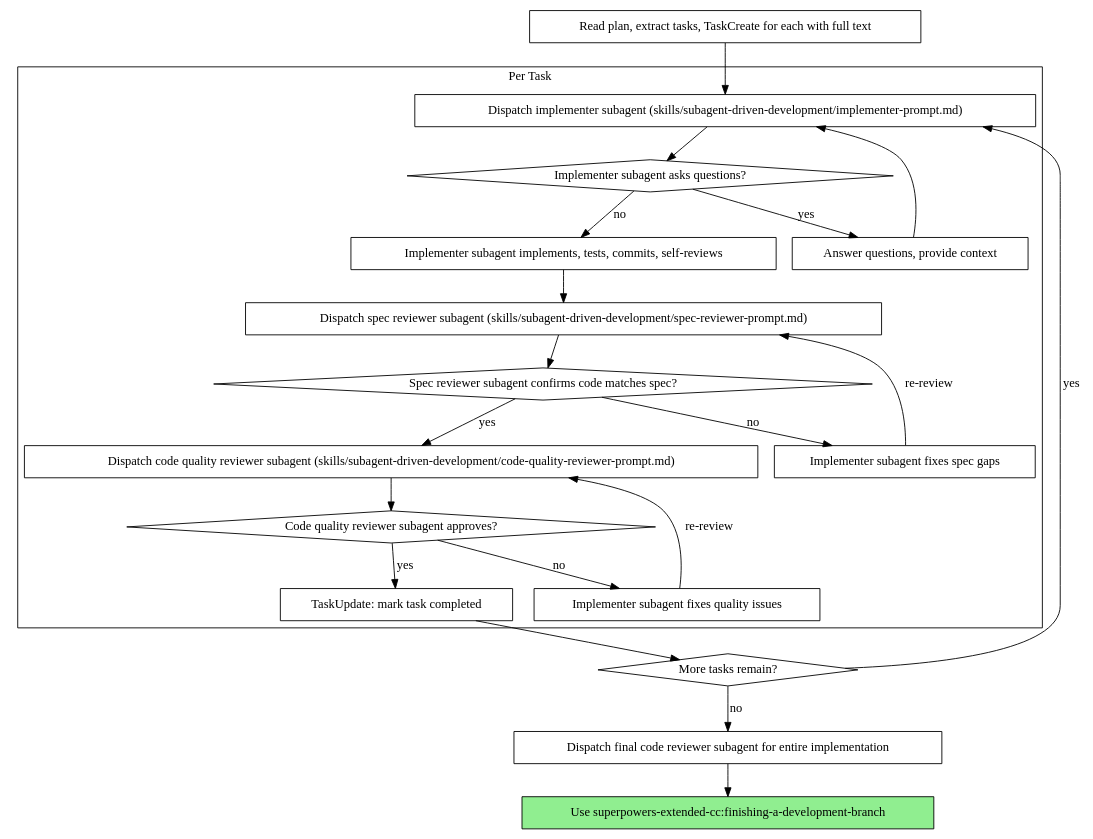
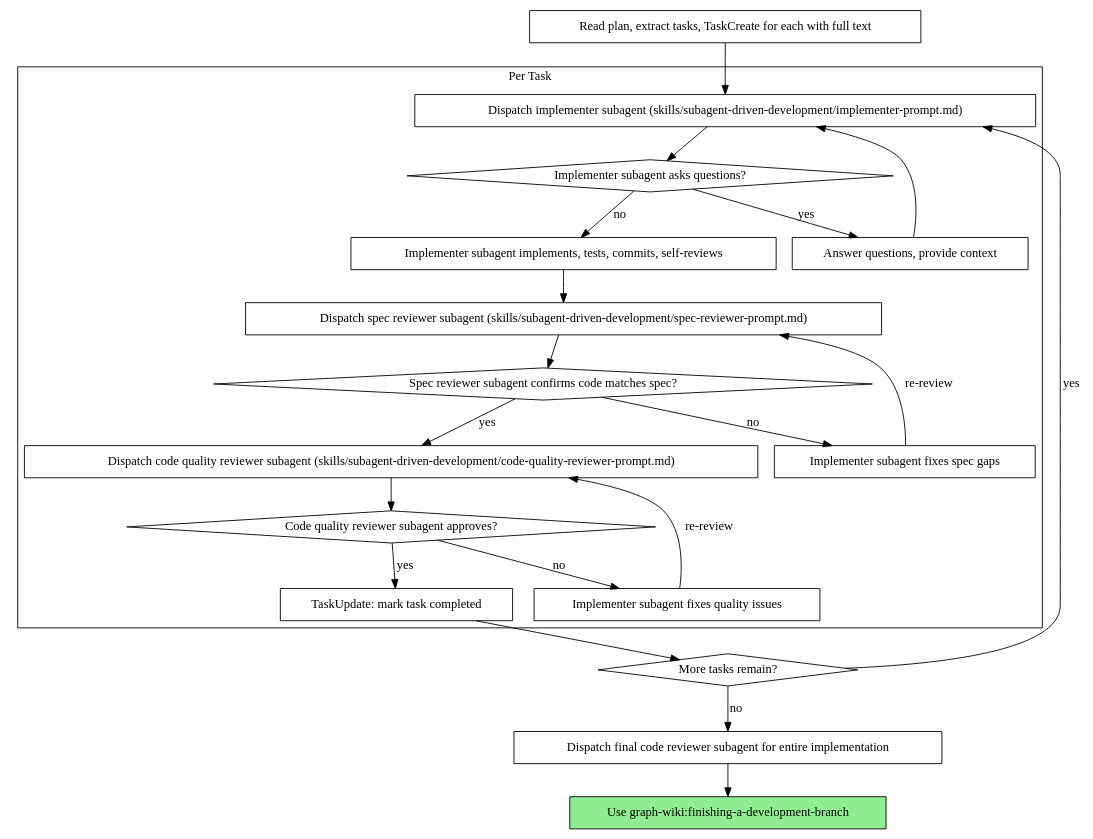
One commit to psprowls/agent-research changed the second of 2 diagrams in plugins/graph-wiki/skills/subagent-driven-development/SKILL.md. Above: the diagram before and after it, drawn with Graphviz. The commit also changed other lines of this file and 12 other files, not shown here.

Commit message:
rename superpowers-extended-cc to graph-wiki

````diff
--- a/plugins/graph-wiki/skills/subagent-driven-development/SKILL.md
+++ b/plugins/graph-wiki/skills/subagent-driven-development/SKILL.md
@@ -44,44 +44,44 @@
 ```dot
 digraph process {
     rankdir=TB;
 
     subgraph cluster_per_task {
         label="Per Task";
         "Dispatch implementer subagent (skills/subagent-driven-development/implementer-prompt.md)" [shape=box];
         "Implementer subagent asks questions?" [shape=diamond];
         "Answer questions, provide context" [shape=box];
         "Implementer subagent implements, tests, commits, self-reviews" [shape=box];
         "Dispatch spec reviewer subagent (skills/subagent-driven-development/spec-reviewer-prompt.md)" [shape=box];
         "Spec reviewer subagent confirms code matches spec?" [shape=diamond];
         "Implementer subagent fixes spec gaps" [shape=box];
         "Dispatch code quality reviewer subagent (skills/subagent-driven-development/code-quality-reviewer-prompt.md)" [shape=box];
         "Code quality reviewer subagent approves?" [shape=diamond];
         "Implementer subagent fixes quality issues" [shape=box];
         "TaskUpdate: mark task completed" [shape=box];
     }
 
     "Read plan, extract tasks, TaskCreate for each with full text" [shape=box];
     "More tasks remain?" [shape=diamond];
     "Dispatch final code reviewer subagent for entire implementation" [shape=box];
-    "Use superpowers-extended-cc:finishing-a-development-branch" [shape=box style=filled fillcolor=lightgreen];
+    "Use graph-wiki:finishing-a-development-branch" [shape=box style=filled fillcolor=lightgreen];
 
     "Read plan, extract tasks, TaskCreate for each with full text" -> "Dispatch implementer subagent (skills/subagent-driven-development/implementer-prompt.md)";
     "Dispatch implementer subagent (skills/subagent-driven-development/implementer-prompt.md)" -> "Implementer subagent asks questions?";
     "Implementer subagent asks questions?" -> "Answer questions, provide context" [label="yes"];
     "Answer questions, provide context" -> "Dispatch implementer subagent (skills/subagent-driven-development/implementer-prompt.md)";
     "Implementer subagent asks questions?" -> "Implementer subagent implements, tests, commits, self-reviews" [label="no"];
     "Implementer subagent implements, tests, commits, self-reviews" -> "Dispatch spec reviewer subagent (skills/subagent-driven-development/spec-reviewer-prompt.md)";
     "Dispatch spec reviewer subagent (skills/subagent-driven-development/spec-reviewer-prompt.md)" -> "Spec reviewer subagent confirms code matches spec?";
     "Spec reviewer subagent confirms code matches spec?" -> "Implementer subagent fixes spec gaps" [label="no"];
     "Implementer subagent fixes spec gaps" -> "Dispatch spec reviewer subagent (skills/subagent-driven-development/spec-reviewer-prompt.md)" [label="re-review"];
     "Spec reviewer subagent confirms code matches spec?" -> "Dispatch code quality reviewer subagent (skills/subagent-driven-development/code-quality-reviewer-prompt.md)" [label="yes"];
     "Dispatch code quality reviewer subagent (skills/subagent-driven-development/code-quality-reviewer-prompt.md)" -> "Code quality reviewer subagent approves?";
     "Code quality reviewer subagent approves?" -> "Implementer subagent fixes quality issues" [label="no"];
     "Implementer subagent fixes quality issues" -> "Dispatch code quality reviewer subagent (skills/subagent-driven-development/code-quality-reviewer-prompt.md)" [label="re-review"];
     "Code quality reviewer subagent approves?" -> "TaskUpdate: mark task completed" [label="yes"];
     "TaskUpdate: mark task completed" -> "More tasks remain?";
     "More tasks remain?" -> "Dispatch implementer subagent (skills/subagent-driven-development/implementer-prompt.md)" [label="yes"];
     "More tasks remain?" -> "Dispatch final code reviewer subagent for entire implementation" [label="no"];
-    "Dispatch final code reviewer subagent for entire implementation" -> "Use superpowers-extended-cc:finishing-a-development-branch";
+    "Dispatch final code reviewer subagent for entire implementation" -> "Use graph-wiki:finishing-a-development-branch";
 }
 ```
````
